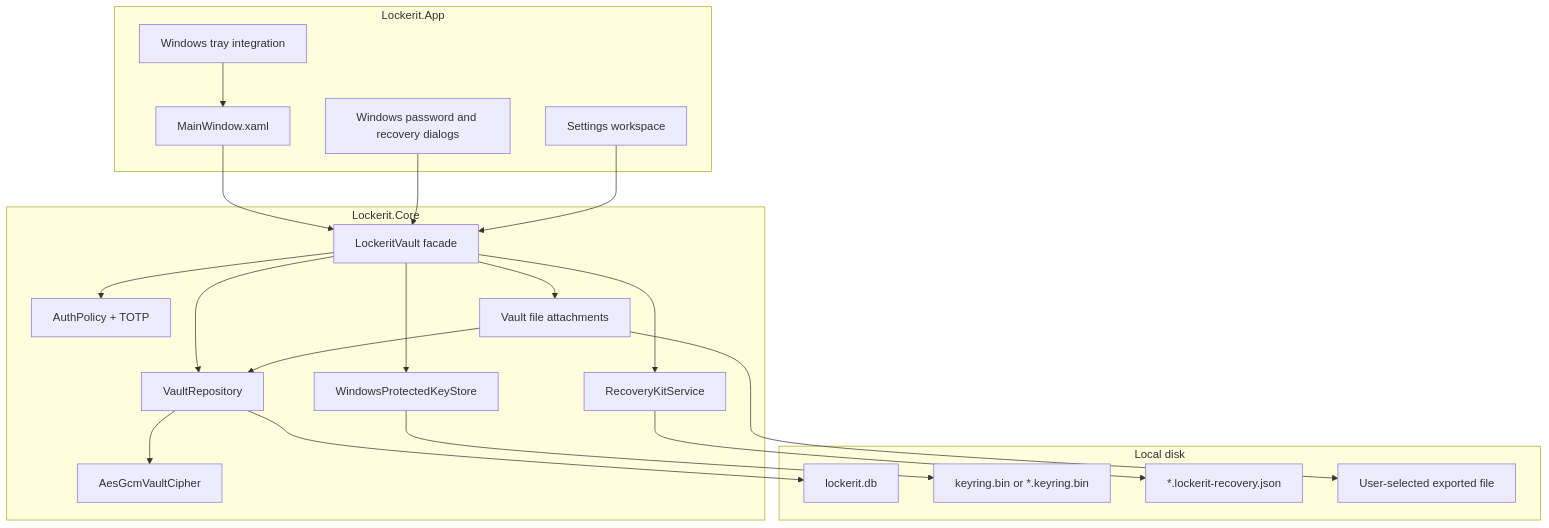
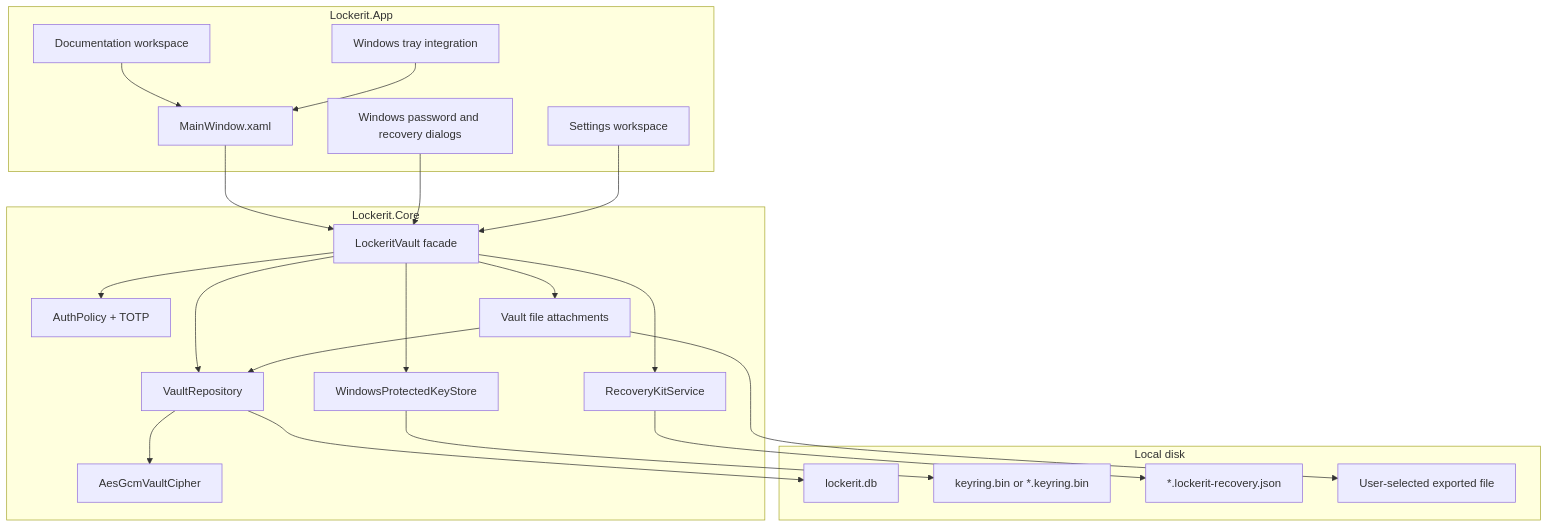
The third of 4 diagrams in README.md (viamus/locker-it), drawn with Mermaid before and after one commit. The commit also changed other lines of this file and 4 other files, not shown here.

Commit message:
Add documentation workspace and file filters

````diff
--- a/README.md
+++ b/README.md
@@ -116,42 +118,44 @@
 ```mermaid
 flowchart TB
     subgraph UI["Lockerit.App"]
         MainWindow["MainWindow.xaml"]
         Dialogs["Windows password and recovery dialogs"]
         Settings["Settings workspace"]
+        Documentation["Documentation workspace"]
         Tray["Windows tray integration"]
     end
 
     subgraph Core["Lockerit.Core"]
         Vault["LockeritVault facade"]
         Repository["VaultRepository"]
         Cipher["AesGcmVaultCipher"]
         KeyStore["WindowsProtectedKeyStore"]
         RecoveryService["RecoveryKitService"]
         AuthPolicy["AuthPolicy + TOTP"]
         FileAttachments["Vault file attachments"]
     end
 
     subgraph Disk["Local disk"]
         Database["lockerit.db"]
         KeyFile["keyring.bin or *.keyring.bin"]
         RecoveryFile["*.lockerit-recovery.json"]
         ExportedFile["User-selected exported file"]
     end
 
     MainWindow --> Vault
     Dialogs --> Vault
     Settings --> Vault
+    Documentation --> MainWindow
     Tray --> MainWindow
     Vault --> Repository
     Vault --> KeyStore
     Vault --> RecoveryService
     Vault --> AuthPolicy
     Vault --> FileAttachments
     Repository --> Cipher
     Repository --> Database
     KeyStore --> KeyFile
     RecoveryService --> RecoveryFile
     FileAttachments --> Repository
     FileAttachments --> ExportedFile
 ```
````
